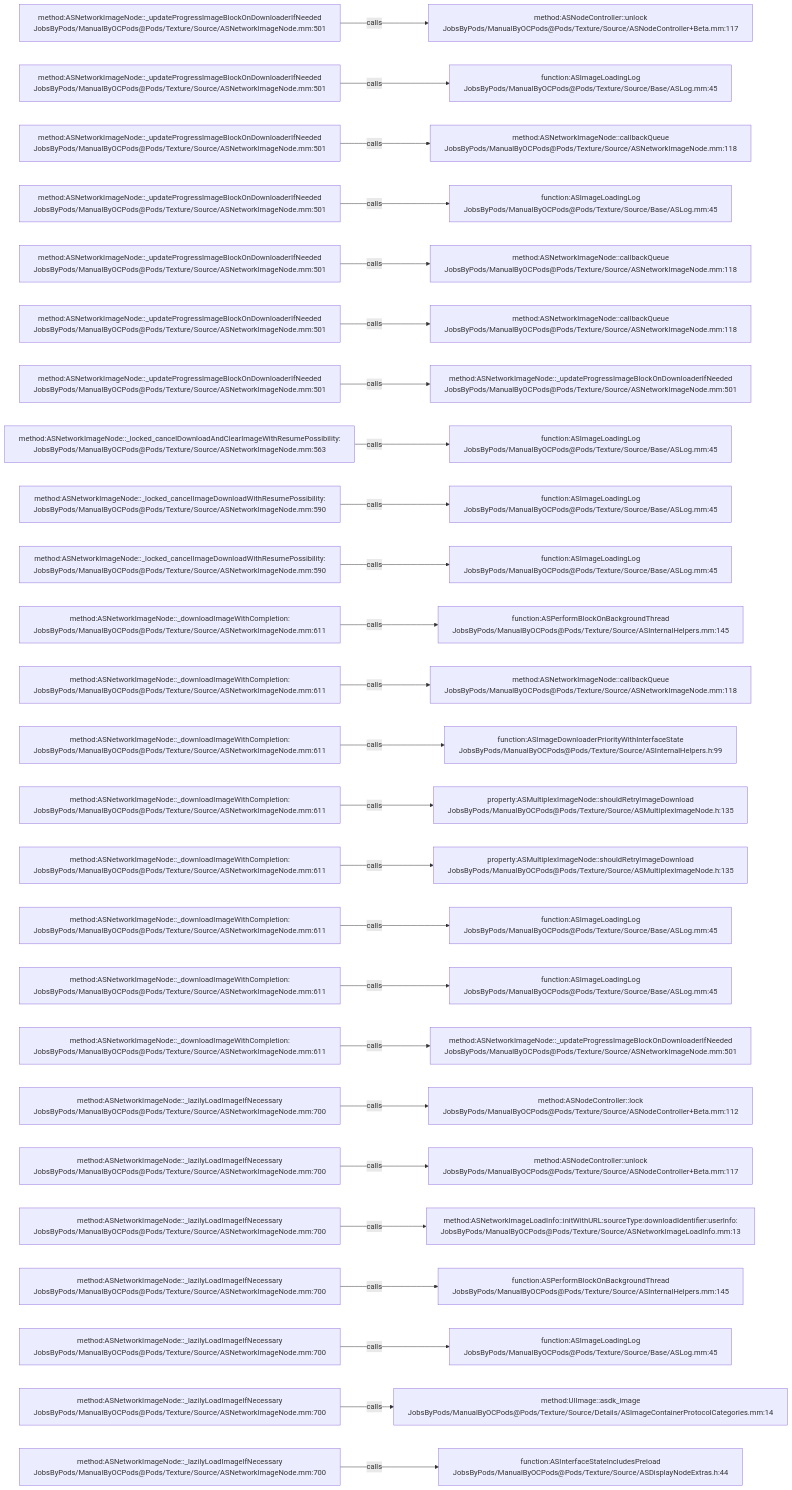
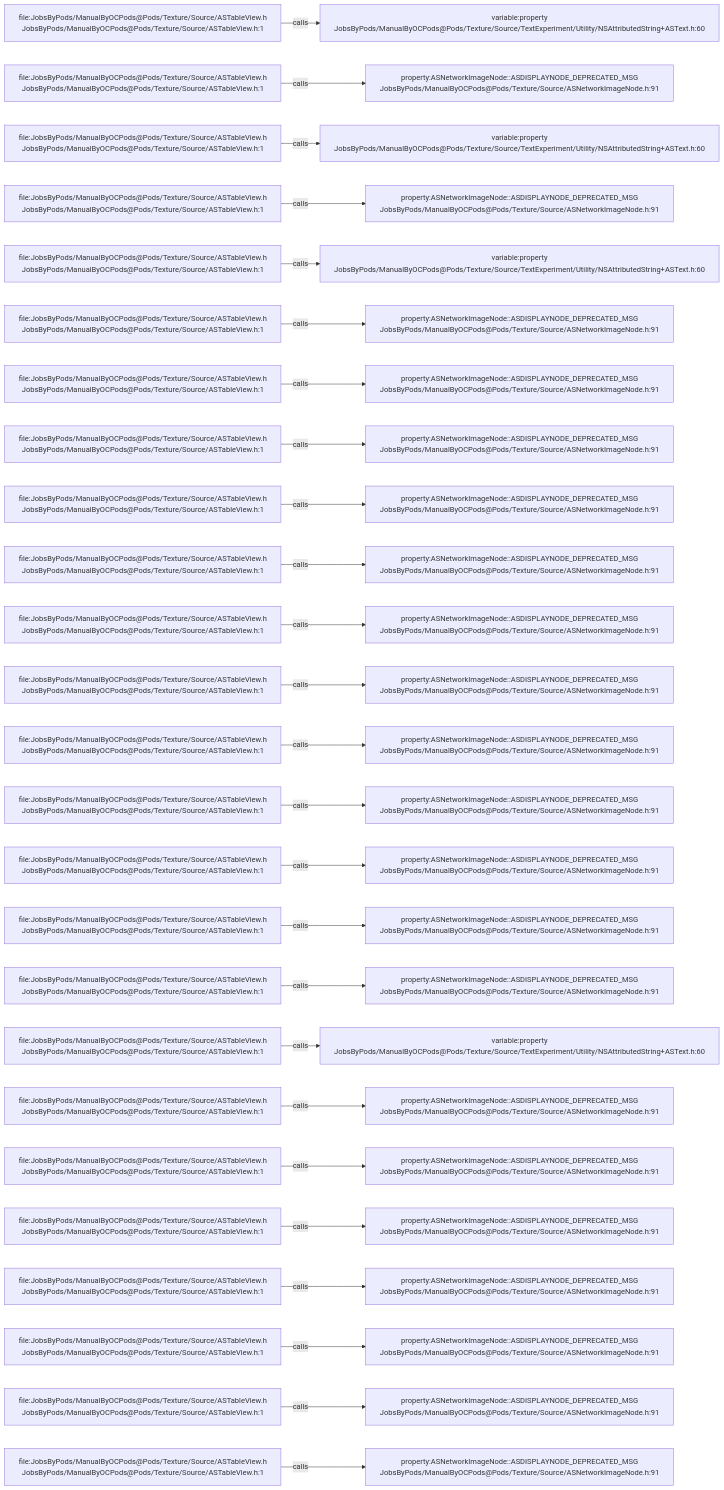
Before and after one commit to JobsKits/JobsOCBaseConfigDemo: the diagram in .codegraph/codegraph.md/graphs/calls-110.md, drawn with Mermaid. The commit also changed 2723 other files, not shown here.

````diff
--- a/.codegraph/codegraph.md/graphs/calls-110.md
+++ b/.codegraph/codegraph.md/graphs/calls-110.md
@@ -13,78 +13,78 @@
 ```mermaid
 flowchart LR
-  S1["method:ASNetworkImageNode::_updateProgressImageBlockOnDownloaderIfNeeded<br/>JobsByPods/ManualByOCPods@Pods/Texture/Source/ASNetworkImageNode.mm:501"]
-  T1["method:ASNodeController::unlock<br/>JobsByPods/ManualByOCPods@Pods/Texture/Source/ASNodeController+Beta.mm:117"]
+  S1["file:JobsByPods/ManualByOCPods@Pods/Texture/Source/ASTableView.h<br/>JobsByPods/ManualByOCPods@Pods/Texture/Source/ASTableView.h:1"]
+  T1["variable:property<br/>JobsByPods/ManualByOCPods@Pods/Texture/Source/TextExperiment/Utility/NSAttributedString+ASText.h:60"]
   S1 -->|calls| T1
-  S2["method:ASNetworkImageNode::_updateProgressImageBlockOnDownloaderIfNeeded<br/>JobsByPods/ManualByOCPods@Pods/Texture/Source/ASNetworkImageNode.mm:501"]
-  T2["function:ASImageLoadingLog<br/>JobsByPods/ManualByOCPods@Pods/Texture/Source/Base/ASLog.mm:45"]
+  S2["file:JobsByPods/ManualByOCPods@Pods/Texture/Source/ASTableView.h<br/>JobsByPods/ManualByOCPods@Pods/Texture/Source/ASTableView.h:1"]
+  T2["property:ASNetworkImageNode::ASDISPLAYNODE_DEPRECATED_MSG<br/>JobsByPods/ManualByOCPods@Pods/Texture/Source/ASNetworkImageNode.h:91"]
   S2 -->|calls| T2
-  S3["method:ASNetworkImageNode::_updateProgressImageBlockOnDownloaderIfNeeded<br/>JobsByPods/ManualByOCPods@Pods/Texture/Source/ASNetworkImageNode.mm:501"]
-  T3["method:ASNetworkImageNode::callbackQueue<br/>JobsByPods/ManualByOCPods@Pods/Texture/Source/ASNetworkImageNode.mm:118"]
+  S3["file:JobsByPods/ManualByOCPods@Pods/Texture/Source/ASTableView.h<br/>JobsByPods/ManualByOCPods@Pods/Texture/Source/ASTableView.h:1"]
+  T3["variable:property<br/>JobsByPods/ManualByOCPods@Pods/Texture/Source/TextExperiment/Utility/NSAttributedString+ASText.h:60"]
   S3 -->|calls| T3
-  S4["method:ASNetworkImageNode::_updateProgressImageBlockOnDownloaderIfNeeded<br/>JobsByPods/ManualByOCPods@Pods/Texture/Source/ASNetworkImageNode.mm:501"]
-  T4["function:ASImageLoadingLog<br/>JobsByPods/ManualByOCPods@Pods/Texture/Source/Base/ASLog.mm:45"]
+  S4["file:JobsByPods/ManualByOCPods@Pods/Texture/Source/ASTableView.h<br/>JobsByPods/ManualByOCPods@Pods/Texture/Source/ASTableView.h:1"]
+  T4["property:ASNetworkImageNode::ASDISPLAYNODE_DEPRECATED_MSG<br/>JobsByPods/ManualByOCPods@Pods/Texture/Source/ASNetworkImageNode.h:91"]
   S4 -->|calls| T4
-  S5["method:ASNetworkImageNode::_updateProgressImageBlockOnDownloaderIfNeeded<br/>JobsByPods/ManualByOCPods@Pods/Texture/Source/ASNetworkImageNode.mm:501"]
-  T5["method:ASNetworkImageNode::callbackQueue<br/>JobsByPods/ManualByOCPods@Pods/Texture/Source/ASNetworkImageNode.mm:118"]
+  S5["file:JobsByPods/ManualByOCPods@Pods/Texture/Source/ASTableView.h<br/>JobsByPods/ManualByOCPods@Pods/Texture/Source/ASTableView.h:1"]
+  T5["variable:property<br/>JobsByPods/ManualByOCPods@Pods/Texture/Source/TextExperiment/Utility/NSAttributedString+ASText.h:60"]
   S5 -->|calls| T5
-  S6["method:ASNetworkImageNode::_updateProgressImageBlockOnDownloaderIfNeeded<br/>JobsByPods/ManualByOCPods@Pods/Texture/Source/ASNetworkImageNode.mm:501"]
-  T6["method:ASNetworkImageNode::callbackQueue<br/>JobsByPods/ManualByOCPods@Pods/Texture/Source/ASNetworkImageNode.mm:118"]
+  S6["file:JobsByPods/ManualByOCPods@Pods/Texture/Source/ASTableView.h<br/>JobsByPods/ManualByOCPods@Pods/Texture/Source/ASTableView.h:1"]
+  T6["property:ASNetworkImageNode::ASDISPLAYNODE_DEPRECATED_MSG<br/>JobsByPods/ManualByOCPods@Pods/Texture/Source/ASNetworkImageNode.h:91"]
   S6 -->|calls| T6
-  S7["method:ASNetworkImageNode::_updateProgressImageBlockOnDownloaderIfNeeded<br/>JobsByPods/ManualByOCPods@Pods/Texture/Source/ASNetworkImageNode.mm:501"]
-  T7["method:ASNetworkImageNode::_updateProgressImageBlockOnDownloaderIfNeeded<br/>JobsByPods/ManualByOCPods@Pods/Texture/Source/ASNetworkImageNode.mm:501"]
+  S7["file:JobsByPods/ManualByOCPods@Pods/Texture/Source/ASTableView.h<br/>JobsByPods/ManualByOCPods@Pods/Texture/Source/ASTableView.h:1"]
+  T7["property:ASNetworkImageNode::ASDISPLAYNODE_DEPRECATED_MSG<br/>JobsByPods/ManualByOCPods@Pods/Texture/Source/ASNetworkImageNode.h:91"]
   S7 -->|calls| T7
-  S8["method:ASNetworkImageNode::_locked_cancelDownloadAndClearImageWithResumePossibility:<br/>JobsByPods/ManualByOCPods@Pods/Texture/Source/ASNetworkImageNode.mm:563"]
-  T8["function:ASImageLoadingLog<br/>JobsByPods/ManualByOCPods@Pods/Texture/Source/Base/ASLog.mm:45"]
+  S8["file:JobsByPods/ManualByOCPods@Pods/Texture/Source/ASTableView.h<br/>JobsByPods/ManualByOCPods@Pods/Texture/Source/ASTableView.h:1"]
+  T8["property:ASNetworkImageNode::ASDISPLAYNODE_DEPRECATED_MSG<br/>JobsByPods/ManualByOCPods@Pods/Texture/Source/ASNetworkImageNode.h:91"]
   S8 -->|calls| T8
-  S9["method:ASNetworkImageNode::_locked_cancelImageDownloadWithResumePossibility:<br/>JobsByPods/ManualByOCPods@Pods/Texture/Source/ASNetworkImageNode.mm:590"]
-  T9["function:ASImageLoadingLog<br/>JobsByPods/ManualByOCPods@Pods/Texture/Source/Base/ASLog.mm:45"]
+  S9["file:JobsByPods/ManualByOCPods@Pods/Texture/Source/ASTableView.h<br/>JobsByPods/ManualByOCPods@Pods/Texture/Source/ASTableView.h:1"]
+  T9["property:ASNetworkImageNode::ASDISPLAYNODE_DEPRECATED_MSG<br/>JobsByPods/ManualByOCPods@Pods/Texture/Source/ASNetworkImageNode.h:91"]
   S9 -->|calls| T9
-  S10["method:ASNetworkImageNode::_locked_cancelImageDownloadWithResumePossibility:<br/>JobsByPods/ManualByOCPods@Pods/Texture/Source/ASNetworkImageNode.mm:590"]
-  T10["function:ASImageLoadingLog<br/>JobsByPods/ManualByOCPods@Pods/Texture/Source/Base/ASLog.mm:45"]
+  S10["file:JobsByPods/ManualByOCPods@Pods/Texture/Source/ASTableView.h<br/>JobsByPods/ManualByOCPods@Pods/Texture/Source/ASTableView.h:1"]
+  T10["property:ASNetworkImageNode::ASDISPLAYNODE_DEPRECATED_MSG<br/>JobsByPods/ManualByOCPods@Pods/Texture/Source/ASNetworkImageNode.h:91"]
   S10 -->|calls| T10
-  S11["method:ASNetworkImageNode::_downloadImageWithCompletion:<br/>JobsByPods/ManualByOCPods@Pods/Texture/Source/ASNetworkImageNode.mm:611"]
-  T11["function:ASPerformBlockOnBackgroundThread<br/>JobsByPods/ManualByOCPods@Pods/Texture/Source/ASInternalHelpers.mm:145"]
+  S11["file:JobsByPods/ManualByOCPods@Pods/Texture/Source/ASTableView.h<br/>JobsByPods/ManualByOCPods@Pods/Texture/Source/ASTableView.h:1"]
+  T11["property:ASNetworkImageNode::ASDISPLAYNODE_DEPRECATED_MSG<br/>JobsByPods/ManualByOCPods@Pods/Texture/Source/ASNetworkImageNode.h:91"]
   S11 -->|calls| T11
-  S12["method:ASNetworkImageNode::_downloadImageWithCompletion:<br/>JobsByPods/ManualByOCPods@Pods/Texture/Source/ASNetworkImageNode.mm:611"]
-  T12["method:ASNetworkImageNode::callbackQueue<br/>JobsByPods/ManualByOCPods@Pods/Texture/Source/ASNetworkImageNode.mm:118"]
+  S12["file:JobsByPods/ManualByOCPods@Pods/Texture/Source/ASTableView.h<br/>JobsByPods/ManualByOCPods@Pods/Texture/Source/ASTableView.h:1"]
+  T12["property:ASNetworkImageNode::ASDISPLAYNODE_DEPRECATED_MSG<br/>JobsByPods/ManualByOCPods@Pods/Texture/Source/ASNetworkImageNode.h:91"]
   S12 -->|calls| T12
-  S13["method:ASNetworkImageNode::_downloadImageWithCompletion:<br/>JobsByPods/ManualByOCPods@Pods/Texture/Source/ASNetworkImageNode.mm:611"]
-  T13["function:ASImageDownloaderPriorityWithInterfaceState<br/>JobsByPods/ManualByOCPods@Pods/Texture/Source/ASInternalHelpers.h:99"]
+  S13["file:JobsByPods/ManualByOCPods@Pods/Texture/Source/ASTableView.h<br/>JobsByPods/ManualByOCPods@Pods/Texture/Source/ASTableView.h:1"]
+  T13["property:ASNetworkImageNode::ASDISPLAYNODE_DEPRECATED_MSG<br/>JobsByPods/ManualByOCPods@Pods/Texture/Source/ASNetworkImageNode.h:91"]
   S13 -->|calls| T13
-  S14["method:ASNetworkImageNode::_downloadImageWithCompletion:<br/>JobsByPods/ManualByOCPods@Pods/Texture/Source/ASNetworkImageNode.mm:611"]
-  T14["property:ASMultiplexImageNode::shouldRetryImageDownload<br/>JobsByPods/ManualByOCPods@Pods/Texture/Source/ASMultiplexImageNode.h:135"]
+  S14["file:JobsByPods/ManualByOCPods@Pods/Texture/Source/ASTableView.h<br/>JobsByPods/ManualByOCPods@Pods/Texture/Source/ASTableView.h:1"]
+  T14["property:ASNetworkImageNode::ASDISPLAYNODE_DEPRECATED_MSG<br/>JobsByPods/ManualByOCPods@Pods/Texture/Source/ASNetworkImageNode.h:91"]
   S14 -->|calls| T14
-  S15["method:ASNetworkImageNode::_downloadImageWithCompletion:<br/>JobsByPods/ManualByOCPods@Pods/Texture/Source/ASNetworkImageNode.mm:611"]
-  T15["property:ASMultiplexImageNode::shouldRetryImageDownload<br/>JobsByPods/ManualByOCPods@Pods/Texture/Source/ASMultiplexImageNode.h:135"]
+  S15["file:JobsByPods/ManualByOCPods@Pods/Texture/Source/ASTableView.h<br/>JobsByPods/ManualByOCPods@Pods/Texture/Source/ASTableView.h:1"]
+  T15["property:ASNetworkImageNode::ASDISPLAYNODE_DEPRECATED_MSG<br/>JobsByPods/ManualByOCPods@Pods/Texture/Source/ASNetworkImageNode.h:91"]
   S15 -->|calls| T15
-  S16["method:ASNetworkImageNode::_downloadImageWithCompletion:<br/>JobsByPods/ManualByOCPods@Pods/Texture/Source/ASNetworkImageNode.mm:611"]
-  T16["function:ASImageLoadingLog<br/>JobsByPods/ManualByOCPods@Pods/Texture/Source/Base/ASLog.mm:45"]
+  S16["file:JobsByPods/ManualByOCPods@Pods/Texture/Source/ASTableView.h<br/>JobsByPods/ManualByOCPods@Pods/Texture/Source/ASTableView.h:1"]
+  T16["property:ASNetworkImageNode::ASDISPLAYNODE_DEPRECATED_MSG<br/>JobsByPods/ManualByOCPods@Pods/Texture/Source/ASNetworkImageNode.h:91"]
   S16 -->|calls| T16
-  S17["method:ASNetworkImageNode::_downloadImageWithCompletion:<br/>JobsByPods/ManualByOCPods@Pods/Texture/Source/ASNetworkImageNode.mm:611"]
-  T17["function:ASImageLoadingLog<br/>JobsByPods/ManualByOCPods@Pods/Texture/Source/Base/ASLog.mm:45"]
+  S17["file:JobsByPods/ManualByOCPods@Pods/Texture/Source/ASTableView.h<br/>JobsByPods/ManualByOCPods@Pods/Texture/Source/ASTableView.h:1"]
+  T17["property:ASNetworkImageNode::ASDISPLAYNODE_DEPRECATED_MSG<br/>JobsByPods/ManualByOCPods@Pods/Texture/Source/ASNetworkImageNode.h:91"]
   S17 -->|calls| T17
-  S18["method:ASNetworkImageNode::_downloadImageWithCompletion:<br/>JobsByPods/ManualByOCPods@Pods/Texture/Source/ASNetworkImageNode.mm:611"]
-  T18["method:ASNetworkImageNode::_updateProgressImageBlockOnDownloaderIfNeeded<br/>JobsByPods/ManualByOCPods@Pods/Texture/Source/ASNetworkImageNode.mm:501"]
+  S18["file:JobsByPods/ManualByOCPods@Pods/Texture/Source/ASTableView.h<br/>JobsByPods/ManualByOCPods@Pods/Texture/Source/ASTableView.h:1"]
+  T18["variable:property<br/>JobsByPods/ManualByOCPods@Pods/Texture/Source/TextExperiment/Utility/NSAttributedString+ASText.h:60"]
   S18 -->|calls| T18
-  S19["method:ASNetworkImageNode::_lazilyLoadImageIfNecessary<br/>JobsByPods/ManualByOCPods@Pods/Texture/Source/ASNetworkImageNode.mm:700"]
-  T19["method:ASNodeController::lock<br/>JobsByPods/ManualByOCPods@Pods/Texture/Source/ASNodeController+Beta.mm:112"]
+  S19["file:JobsByPods/ManualByOCPods@Pods/Texture/Source/ASTableView.h<br/>JobsByPods/ManualByOCPods@Pods/Texture/Source/ASTableView.h:1"]
+  T19["property:ASNetworkImageNode::ASDISPLAYNODE_DEPRECATED_MSG<br/>JobsByPods/ManualByOCPods@Pods/Texture/Source/ASNetworkImageNode.h:91"]
   S19 -->|calls| T19
-  S20["method:ASNetworkImageNode::_lazilyLoadImageIfNecessary<br/>JobsByPods/ManualByOCPods@Pods/Texture/Source/ASNetworkImageNode.mm:700"]
-  T20["method:ASNodeController::unlock<br/>JobsByPods/ManualByOCPods@Pods/Texture/Source/ASNodeController+Beta.mm:117"]
+  S20["file:JobsByPods/ManualByOCPods@Pods/Texture/Source/ASTableView.h<br/>JobsByPods/ManualByOCPods@Pods/Texture/Source/ASTableView.h:1"]
+  T20["property:ASNetworkImageNode::ASDISPLAYNODE_DEPRECATED_MSG<br/>JobsByPods/ManualByOCPods@Pods/Texture/Source/ASNetworkImageNode.h:91"]
   S20 -->|calls| T20
-  S21["method:ASNetworkImageNode::_lazilyLoadImageIfNecessary<br/>JobsByPods/ManualByOCPods@Pods/Texture/Source/ASNetworkImageNode.mm:700"]
-  T21["method:ASNetworkImageLoadInfo::initWithURL:sourceType:downloadIdentifier:userInfo:<br/>JobsByPods/ManualByOCPods@Pods/Texture/Source/ASNetworkImageLoadInfo.mm:13"]
+  S21["file:JobsByPods/ManualByOCPods@Pods/Texture/Source/ASTableView.h<br/>JobsByPods/ManualByOCPods@Pods/Texture/Source/ASTableView.h:1"]
+  T21["property:ASNetworkImageNode::ASDISPLAYNODE_DEPRECATED_MSG<br/>JobsByPods/ManualByOCPods@Pods/Texture/Source/ASNetworkImageNode.h:91"]
   S21 -->|calls| T21
-  S22["method:ASNetworkImageNode::_lazilyLoadImageIfNecessary<br/>JobsByPods/ManualByOCPods@Pods/Texture/Source/ASNetworkImageNode.mm:700"]
-  T22["function:ASPerformBlockOnBackgroundThread<br/>JobsByPods/ManualByOCPods@Pods/Texture/Source/ASInternalHelpers.mm:145"]
+  S22["file:JobsByPods/ManualByOCPods@Pods/Texture/Source/ASTableView.h<br/>JobsByPods/ManualByOCPods@Pods/Texture/Source/ASTableView.h:1"]
+  T22["property:ASNetworkImageNode::ASDISPLAYNODE_DEPRECATED_MSG<br/>JobsByPods/ManualByOCPods@Pods/Texture/Source/ASNetworkImageNode.h:91"]
   S22 -->|calls| T22
-  S23["method:ASNetworkImageNode::_lazilyLoadImageIfNecessary<br/>JobsByPods/ManualByOCPods@Pods/Texture/Source/ASNetworkImageNode.mm:700"]
-  T23["function:ASImageLoadingLog<br/>JobsByPods/ManualByOCPods@Pods/Texture/Source/Base/ASLog.mm:45"]
+  S23["file:JobsByPods/ManualByOCPods@Pods/Texture/Source/ASTableView.h<br/>JobsByPods/ManualByOCPods@Pods/Texture/Source/ASTableView.h:1"]
+  T23["property:ASNetworkImageNode::ASDISPLAYNODE_DEPRECATED_MSG<br/>JobsByPods/ManualByOCPods@Pods/Texture/Source/ASNetworkImageNode.h:91"]
   S23 -->|calls| T23
-  S24["method:ASNetworkImageNode::_lazilyLoadImageIfNecessary<br/>JobsByPods/ManualByOCPods@Pods/Texture/Source/ASNetworkImageNode.mm:700"]
-  T24["method:UIImage::asdk_image<br/>JobsByPods/ManualByOCPods@Pods/Texture/Source/Details/ASImageContainerProtocolCategories.mm:14"]
+  S24["file:JobsByPods/ManualByOCPods@Pods/Texture/Source/ASTableView.h<br/>JobsByPods/ManualByOCPods@Pods/Texture/Source/ASTableView.h:1"]
+  T24["property:ASNetworkImageNode::ASDISPLAYNODE_DEPRECATED_MSG<br/>JobsByPods/ManualByOCPods@Pods/Texture/Source/ASNetworkImageNode.h:91"]
   S24 -->|calls| T24
-  S25["method:ASNetworkImageNode::_lazilyLoadImageIfNecessary<br/>JobsByPods/ManualByOCPods@Pods/Texture/Source/ASNetworkImageNode.mm:700"]
-  T25["function:ASInterfaceStateIncludesPreload<br/>JobsByPods/ManualByOCPods@Pods/Texture/Source/ASDisplayNodeExtras.h:44"]
+  S25["file:JobsByPods/ManualByOCPods@Pods/Texture/Source/ASTableView.h<br/>JobsByPods/ManualByOCPods@Pods/Texture/Source/ASTableView.h:1"]
+  T25["property:ASNetworkImageNode::ASDISPLAYNODE_DEPRECATED_MSG<br/>JobsByPods/ManualByOCPods@Pods/Texture/Source/ASNetworkImageNode.h:91"]
   S25 -->|calls| T25
 ```
````
